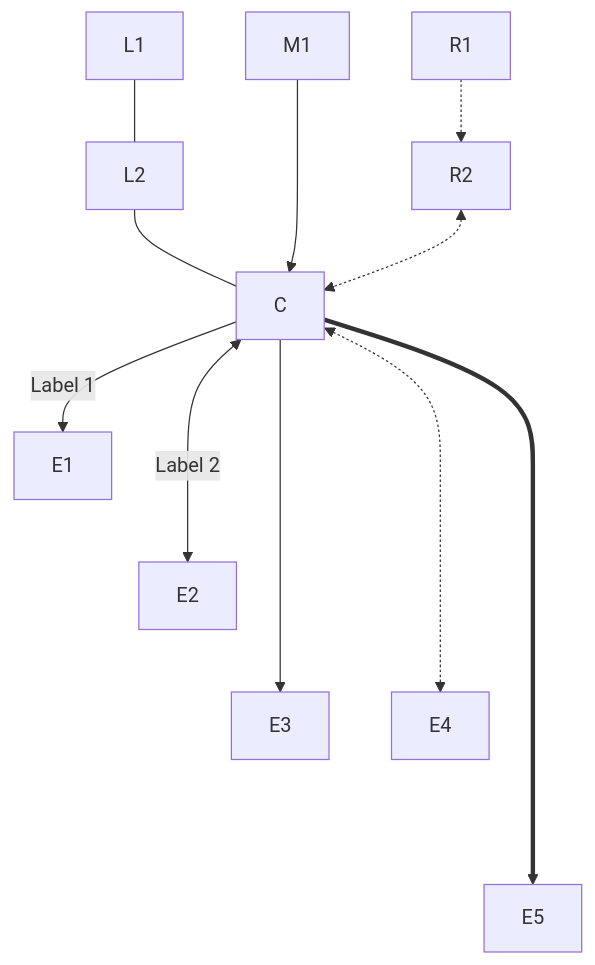
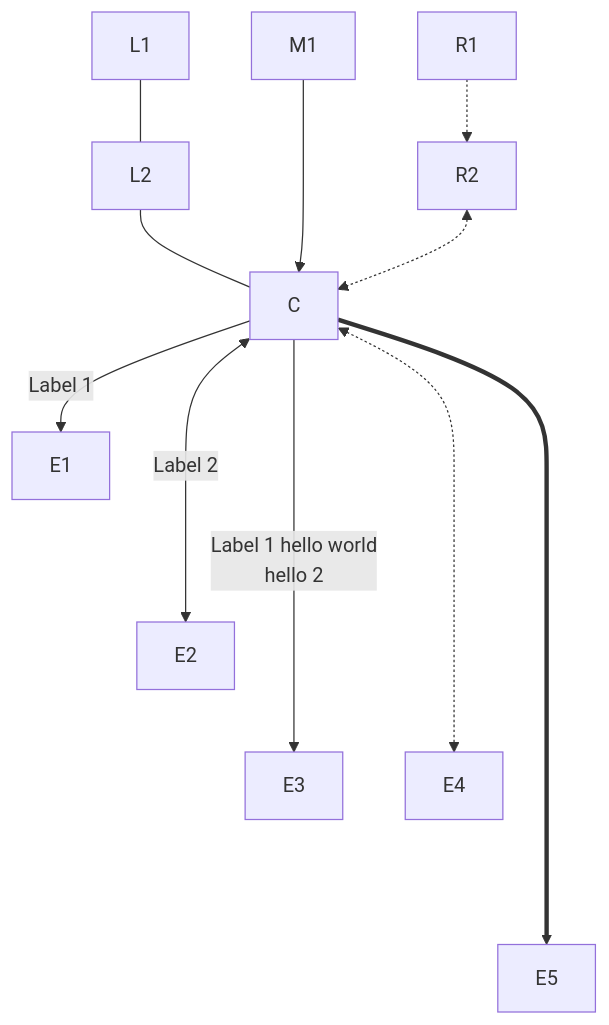
Before and after one commit to mermaid-js/mermaid: the diagram in e2e/platform/dev-diagrams/layout-tests/hola/edge-types.mmd, drawn with Mermaid. The commit also changed 1 other file, not shown here.

```diff
--- a/e2e/platform/dev-diagrams/layout-tests/hola/edge-types.mmd
+++ b/e2e/platform/dev-diagrams/layout-tests/hola/edge-types.mmd
@@ -1,11 +1,11 @@
 flowchart TD
   L1 --- L2
   L2 --- C
   M1 ---> C
   R1 .-> R2
   R2 <.-> C
   C -->|Label 1| E1
   C <-- Label 2 ---> E2
-  C ----> E3
+  C ---->|Label 1 hello world <br/> hello 2| E3
   C <-...-> E4
   C ======> E5
```
